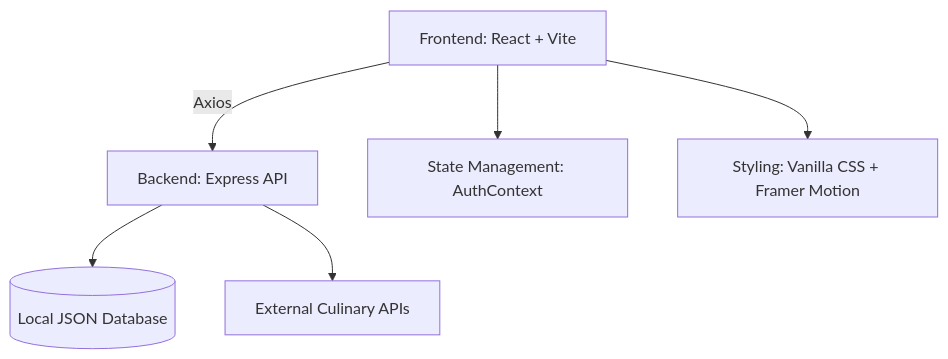
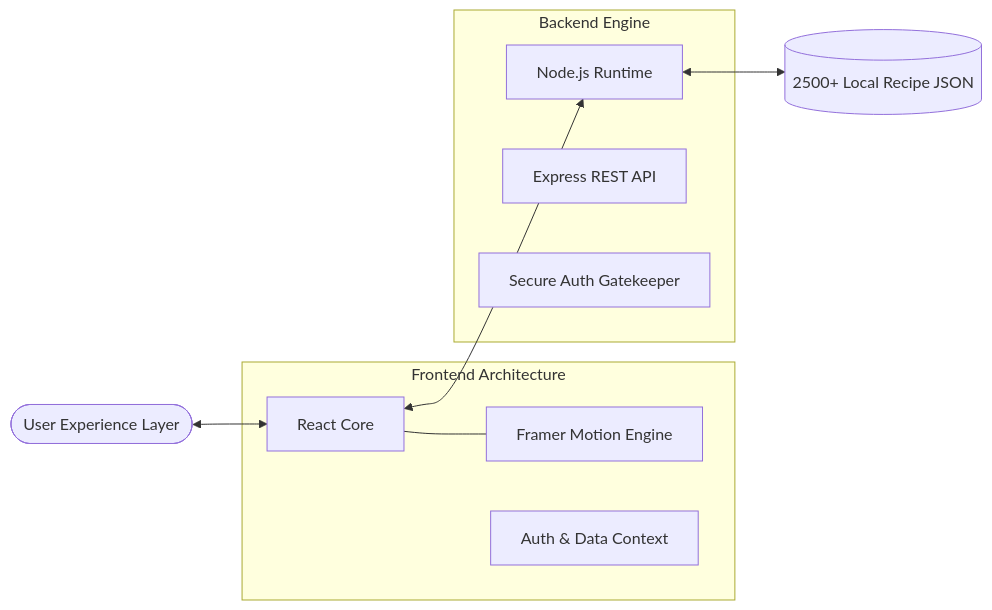
The diagram in README.md (RiteshKumar2e/Food-Receipe-app), drawn with Mermaid before and after one commit. The commit also changed other lines of this file, not shown here.

````diff
--- a/README.md
+++ b/README.md
@@ -42,8 +47,20 @@
 ```mermaid
-graph TD
-    A[Frontend: React + Vite] -->|Axios| B[Backend: Express API]
-    B --> C[(Local JSON Database)]
-    B --> D[External Culinary APIs]
-    A --> E[State Management: AuthContext]
-    A --> F[Styling: Vanilla CSS + Framer Motion]
+graph LR
+    User([User Experience Layer]) 
+    subgraph "Frontend Architecture"
+        React[React Core]
+        Motion[Framer Motion Engine]
+        Context[Auth & Data Context]
+    end
+    subgraph "Backend Engine"
+        Node[Node.js Runtime]
+        Express[Express REST API]
+        JWT[Secure Auth Gatekeeper]
+    end
+    DB[(2500+ Local Recipe JSON)]
+
+    User <--> React
+    React <--> Node
+    Node <--> DB
+    React --- Motion
 ```
````
